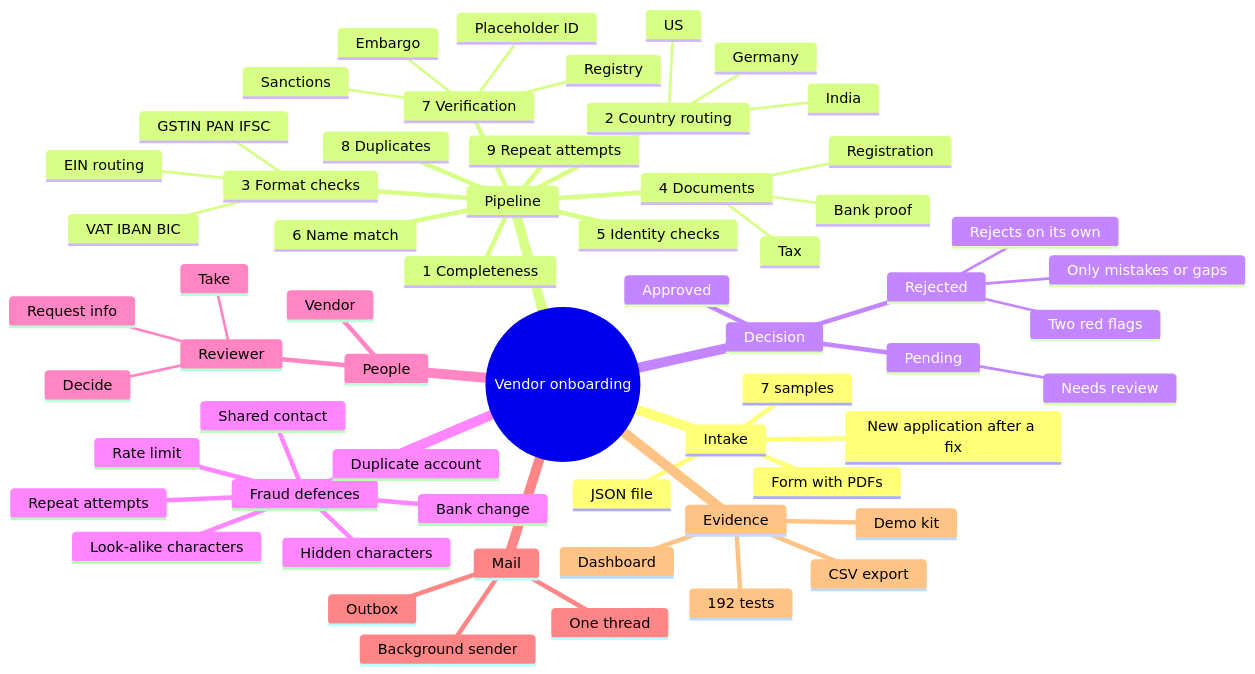
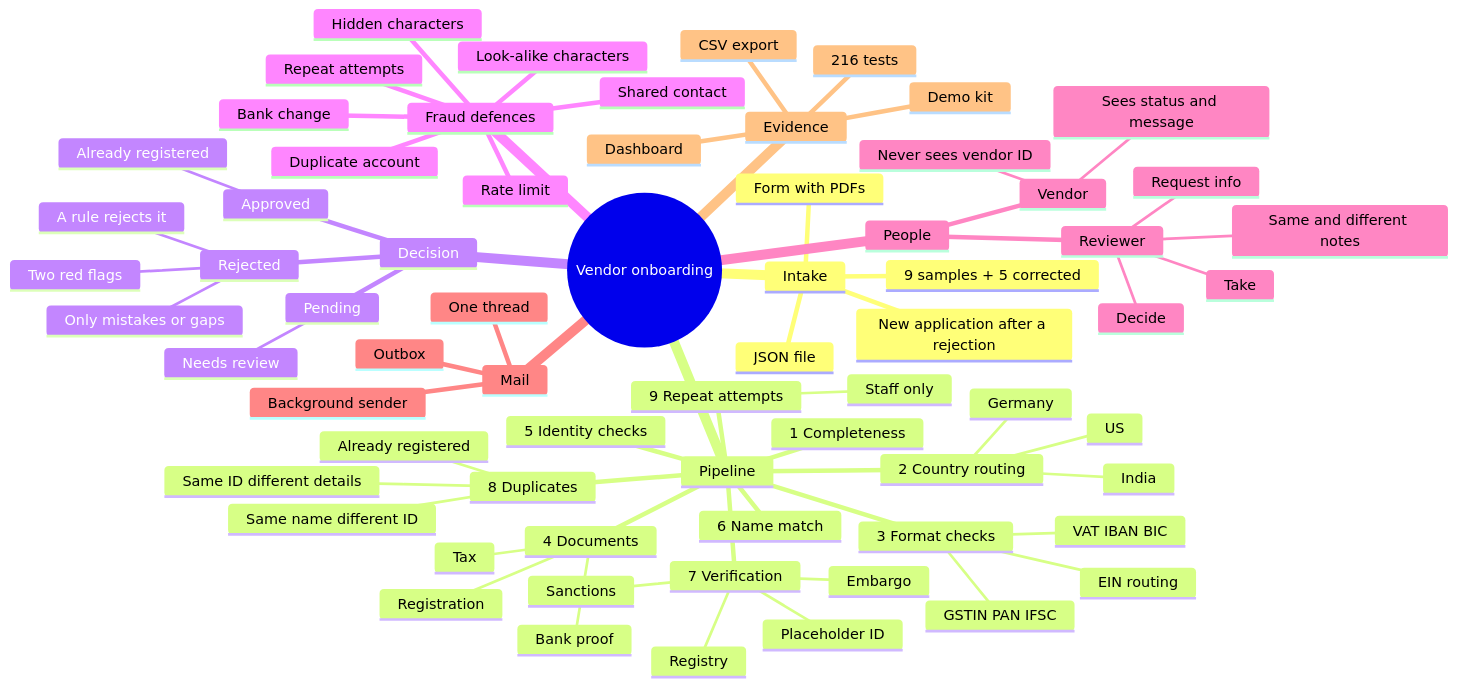
One commit to ShubhamK0802/vendor-onboarding-flask changed the diagram in docs/MIND_MAP.md. Above: the diagram before and after it, drawn with Mermaid. The commit also changed 22 other files, not shown here.

First line of the commit message:
Already registered outcome, same-name-different-ID review, vendor view without internal detail, updated docs

````diff
--- a/docs/MIND_MAP.md
+++ b/docs/MIND_MAP.md
@@ -3,63 +3,71 @@
 ```mermaid
 mindmap
   root((Vendor onboarding))
     Intake
       Form with PDFs
       JSON file
-      7 samples
-      New application after a fix
+      9 samples + 5 corrected
+      New application after a rejection
     Pipeline
       1 Completeness
       2 Country routing
         India
         US
         Germany
       3 Format checks
         GSTIN PAN IFSC
         EIN routing
         VAT IBAN BIC
       4 Documents
         Tax
         Registration
         Bank proof
       5 Identity checks
       6 Name match
       7 Verification
         Registry
         Sanctions
         Embargo
         Placeholder ID
       8 Duplicates
+        Already registered
+        Same ID different details
+        Same name different ID
       9 Repeat attempts
+        Staff only
     Decision
       Approved
+        Already registered
       Pending
         Needs review
       Rejected
-        Rejects on its own
+        A rule rejects it
         Two red flags
         Only mistakes or gaps
     Fraud defences
       Look-alike characters
       Hidden characters
       Bank change
       Shared contact
       Duplicate account
       Repeat attempts
       Rate limit
     People
       Vendor
+        Sees status and message
+        Never sees vendor ID
       Reviewer
         Take
         Decide
         Request info
+        Same and different notes
     Mail
       Outbox
       Background sender
       One thread
     Evidence
       Dashboard
       CSV export
-      192 tests
+      216 tests
       Demo kit
 ```
````
